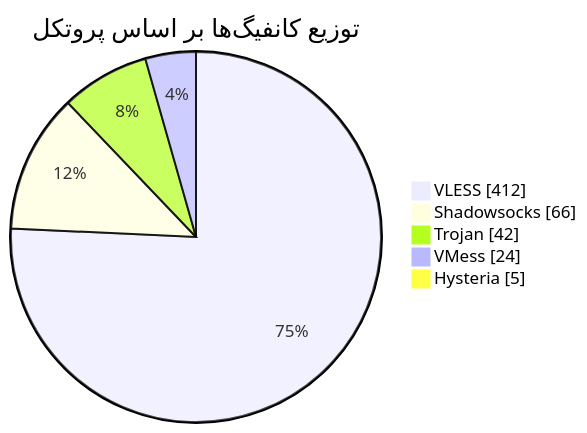
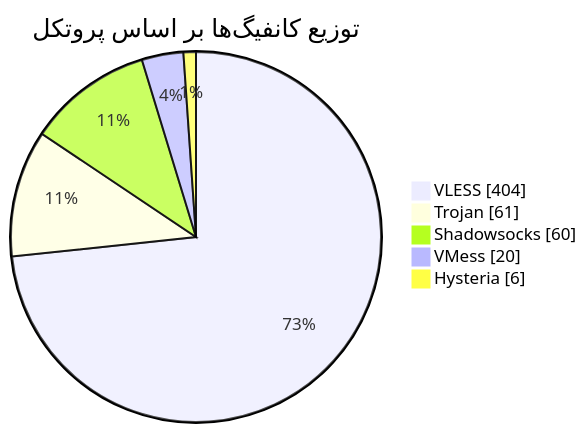
Before and after one commit to Arian-Alijani/Somthing: the diagram in README.md, drawn with Mermaid. The commit also changed other lines of this file and 79 other files, not shown here.

````diff
--- a/README.md
+++ b/README.md
@@ -47,9 +47,9 @@
 ```mermaid
 pie showData
     title توزیع کانفیگ‌ها بر اساس پروتکل
-    "VLESS" : 412
-    "Shadowsocks" : 66
-    "Trojan" : 42
-    "VMess" : 24
-    "Hysteria" : 5
+    "VLESS" : 404
+    "Trojan" : 61
+    "Shadowsocks" : 60
+    "VMess" : 20
+    "Hysteria" : 6
 ```
````
